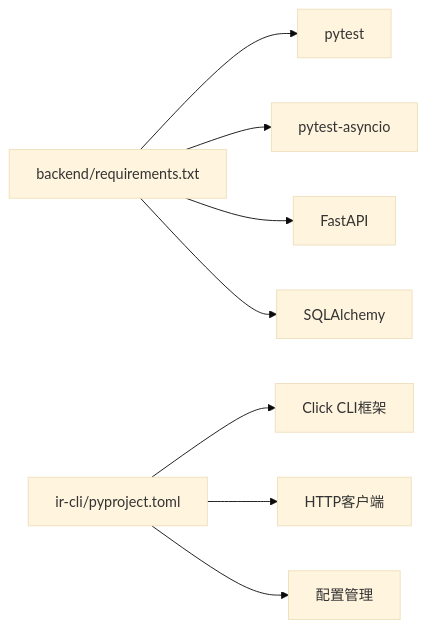
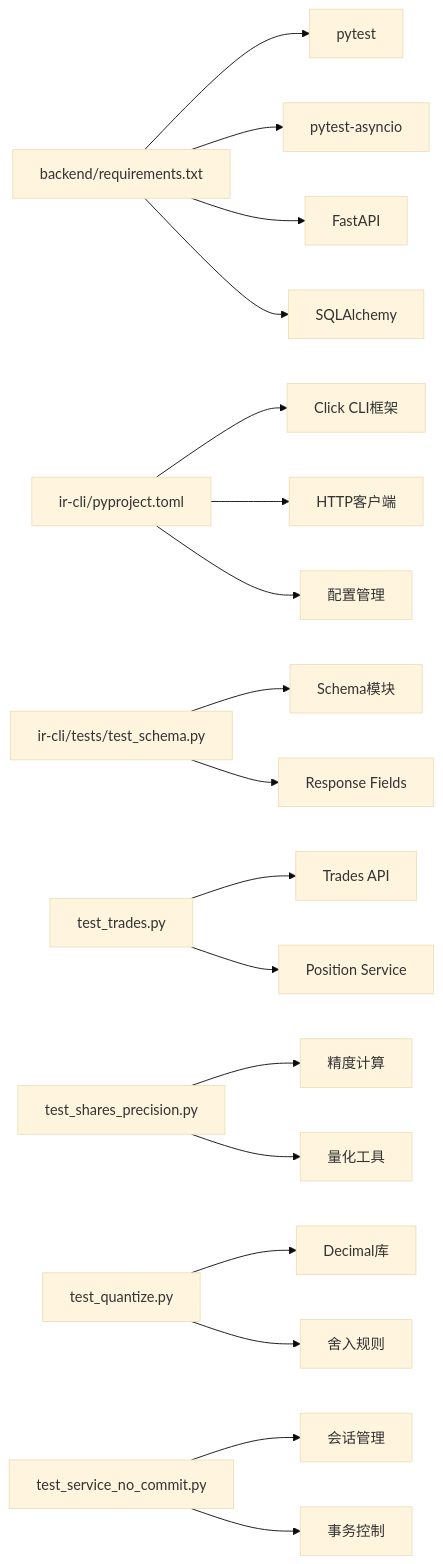
Diagram 19 of 19 in .qoder/repowiki/zh/content/开发指南/测试策略/测试策略.md (gujialind/InvestRing), drawn with Mermaid (base theme) before and after one commit. The commit also changed other lines of this file and 19 other files, not shown here.

````diff
--- a/.qoder/repowiki/zh/content/开发指南/测试策略/测试策略.md
+++ b/.qoder/repowiki/zh/content/开发指南/测试策略/测试策略.md
@@ -676,10 +959,20 @@
 ```mermaid
 graph LR
 BReq["backend/requirements.txt"] --> Py["pytest"]
 BReq --> PyA["pytest-asyncio"]
 BReq --> FA["FastAPI"]
 BReq --> SA["SQLAlchemy"]
 CLIReq["ir-cli/pyproject.toml"] --> Click["Click CLI框架"]
 CLIReq --> HTTP["HTTP客户端"]
 CLIReq --> Config["配置管理"]
+SchemaReq["ir-cli/tests/test_schema.py"] --> SchemaMod["Schema模块"]
+SchemaReq --> RF["Response Fields"]
+TradesReq["test_trades.py"] --> TradesAPI["Trades API"]
+TradesReq --> PositionSvc["Position Service"]
+PrecisionReq["test_shares_precision.py"] --> PrecisionCalc["精度计算"]
+PrecisionReq --> QuantizeUtil["量化工具"]
+QuantizeReq["test_quantize.py"] --> DecimalLib["Decimal库"]
+QuantizeReq --> RoundRules["舍入规则"]
+NoCommitReq["test_service_no_commit.py"] --> SessionMgr["会话管理"]
+NoCommitReq --> TransactionCtrl["事务控制"]
 ```
````
